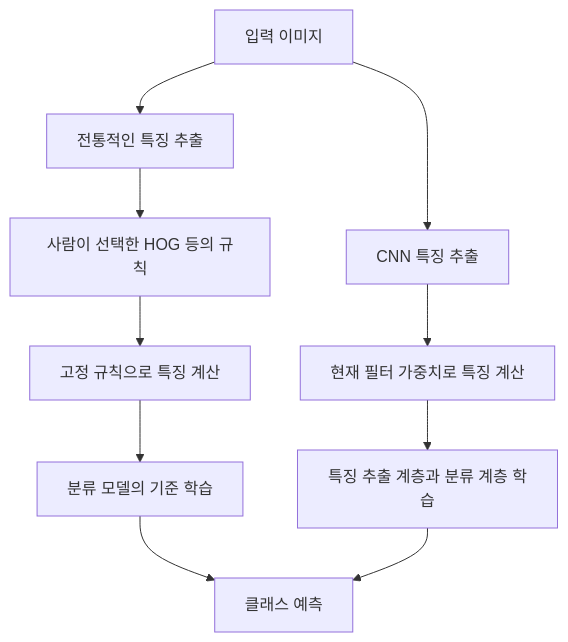
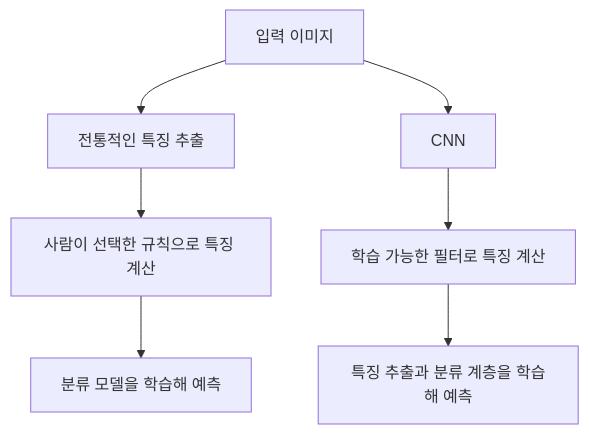
The first of 2 diagrams in topics/computer-vision/04-CNN과-학습-기반-특징-추출.md (jaemin-devlog/AI-Study), drawn with Mermaid before and after one commit. The commit also changed other lines of this file and 4 other files, not shown here.

````diff
--- a/topics/computer-vision/04-CNN과-학습-기반-특징-추출.md
+++ b/topics/computer-vision/04-CNN과-학습-기반-특징-추출.md
@@ -27,12 +11,9 @@
 ```mermaid
 flowchart TB
     A[입력 이미지] --> B[전통적인 특징 추출]
-    A --> C[CNN 특징 추출]
-    B --> D[사람이 선택한 HOG 등의 규칙]
-    D --> E[고정 규칙으로 특징 계산]
-    E --> F[분류 모델의 기준 학습]
-    C --> G[현재 필터 가중치로 특징 계산]
-    G --> H[특징 추출 계층과 분류 계층 학습]
-    F --> I[클래스 예측]
-    H --> I
+    A --> C[CNN]
+    B --> D[사람이 선택한 규칙으로 특징 계산]
+    D --> E[분류 모델을 학습해 예측]
+    C --> F[학습 가능한 필터로 특징 계산]
+    F --> G[특징 추출과 분류 계층을 학습해 예측]
 ```
````
